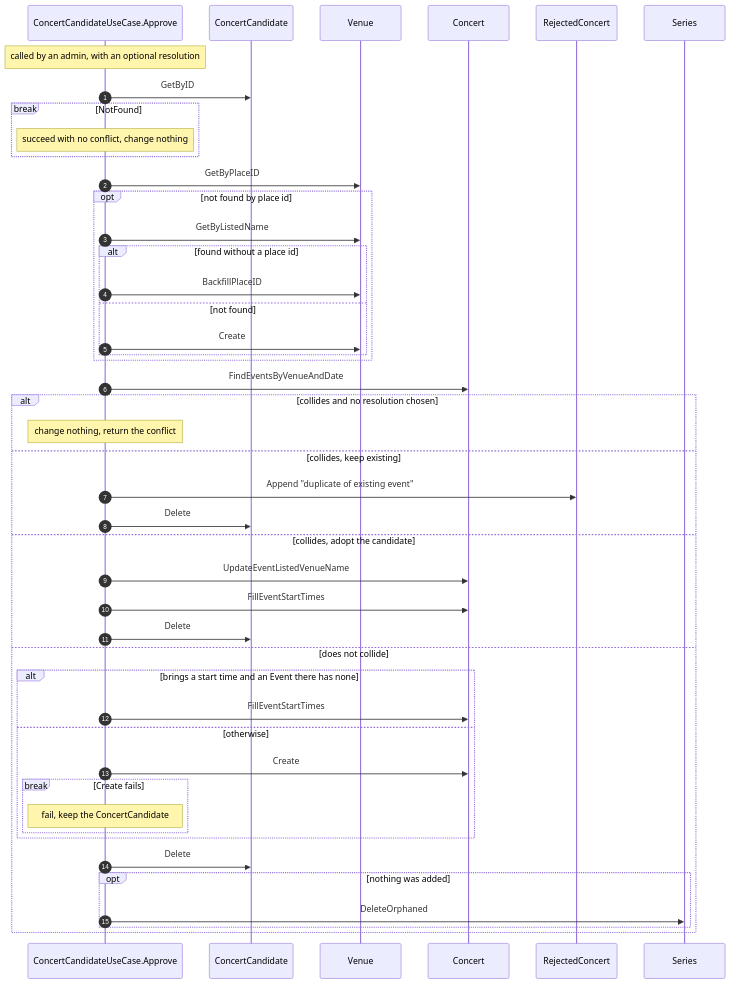
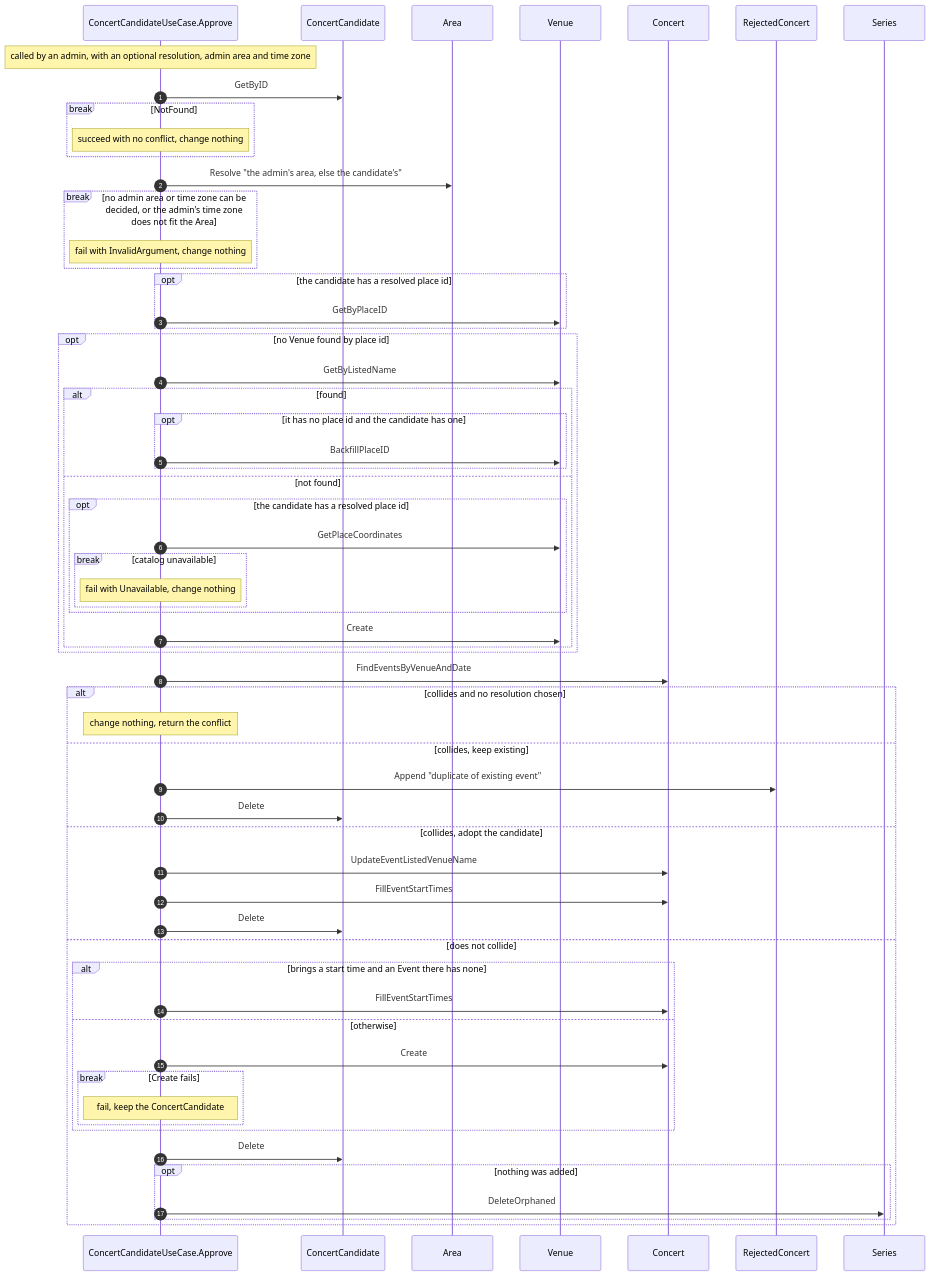
The diagram in openspec/specs/components/usecase/concert-candidate/approve/spec.md (liverty-music/specification), drawn with Mermaid before and after one commit. The commit also changed other lines of this file and 171 other files, not shown here.

````diff
--- a/openspec/specs/components/usecase/concert-candidate/approve/spec.md
+++ b/openspec/specs/components/usecase/concert-candidate/approve/spec.md
@@ -7,48 +7,63 @@
 ```mermaid
 sequenceDiagram
 autonumber
 participant UC as ConcertCandidateUseCase.Approve
 participant ConcertCandidate
+participant Area
 participant Venue
 participant Concert
 participant RejectedConcert
 participant Series
-Note over UC: called by an admin, with an optional resolution
+Note over UC: called by an admin, with an optional resolution, admin area and time zone
 UC->>ConcertCandidate: GetByID
 break NotFound
   Note over UC: succeed with no conflict, change nothing
 end
-UC->>Venue: GetByPlaceID
-opt not found by place id
+UC->>Area: Resolve "the admin's area, else the candidate's"
+break no admin area or time zone can be decided, or the admin's time zone does not fit the Area
+  Note over UC: fail with InvalidArgument, change nothing
+end
+opt the candidate has a resolved place id
+  UC->>Venue: GetByPlaceID
+end
+opt no Venue found by place id
   UC->>Venue: GetByListedName
-  alt found without a place id
-    UC->>Venue: BackfillPlaceID
+  alt found
+    opt it has no place id and the candidate has one
+      UC->>Venue: BackfillPlaceID
+    end
   else not found
+    opt the candidate has a resolved place id
+      UC->>Venue: GetPlaceCoordinates
+      break catalog unavailable
+        Note over UC: fail with Unavailable, change nothing
+      end
+    end
     UC->>Venue: Create
   end
 end
 UC->>Concert: FindEventsByVenueAndDate
 alt collides and no resolution chosen
   Note over UC: change nothing, return the conflict
 else collides, keep existing
   UC->>RejectedConcert: Append "duplicate of existing event"
   UC->>ConcertCandidate: Delete
 else collides, adopt the candidate
   UC->>Concert: UpdateEventListedVenueName
   UC->>Concert: FillEventStartTimes
   UC->>ConcertCandidate: Delete
 else does not collide
   alt brings a start time and an Event there has none
     UC->>Concert: FillEventStartTimes
   else otherwise
     UC->>Concert: Create
     break Create fails
       Note over UC: fail, keep the ConcertCandidate
     end
   end
   UC->>ConcertCandidate: Delete
   opt nothing was added
     UC->>Series: DeleteOrphaned
   end
 end
 ```
````
